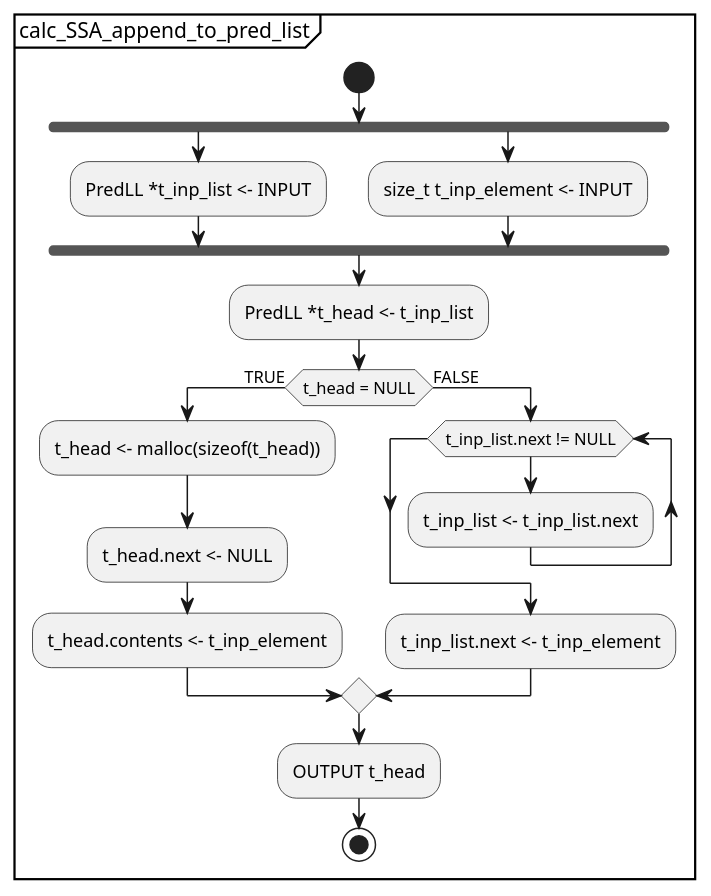
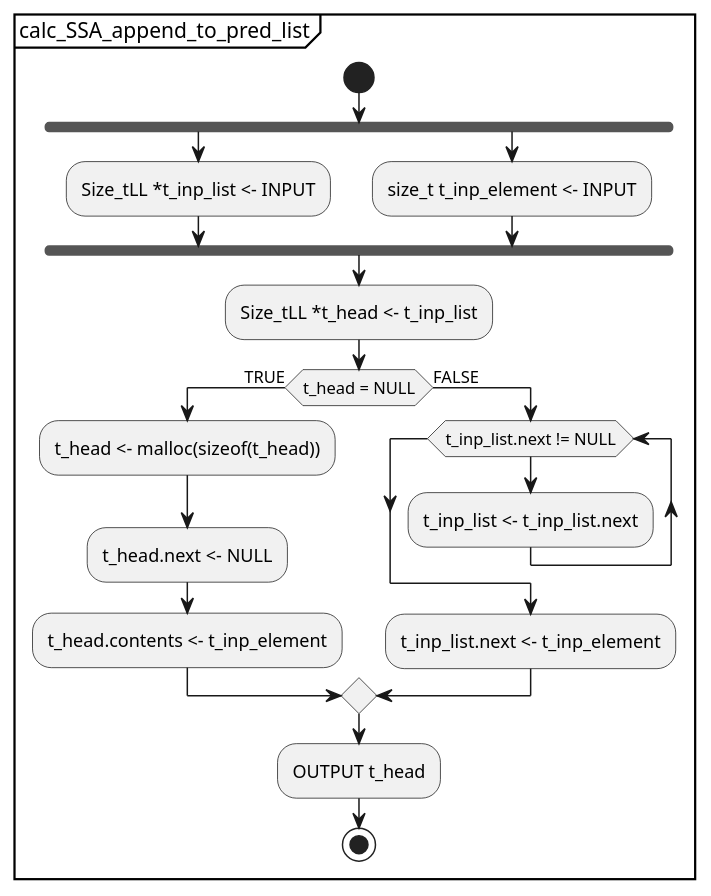
Before and after one commit to KeithCBrett/Python-Compiler: the diagram in docs/UML/Single_Static_Assignment_Generation_Scheme/submodules/md/calc_SSA_append_to_pred_list.md, drawn with PlantUML. The commit also changed 10 other files, not shown here.

```diff
--- a/docs/UML/Single_Static_Assignment_Generation_Scheme/submodules/md/calc_SSA_append_to_pred_list.md
+++ b/docs/UML/Single_Static_Assignment_Generation_Scheme/submodules/md/calc_SSA_append_to_pred_list.md
@@ -1,23 +1,23 @@
 @startuml
 partition calc_SSA_append_to_pred_list {
     start
     fork
-        :PredLL *t_inp_list <- INPUT;
+        :Size_tLL *t_inp_list <- INPUT;
     fork again
         :size_t t_inp_element <- INPUT;
     fork end
-    :PredLL *t_head <- t_inp_list;
+    :Size_tLL *t_head <- t_inp_list;
     if (t_head = NULL) then (TRUE)
         :t_head <- malloc(sizeof(t_head));
         :t_head.next <- NULL;
         :t_head.contents <- t_inp_element;
     else (FALSE)
         while (t_inp_list.next != NULL)
             :t_inp_list <- t_inp_list.next;
         endwhile
         :t_inp_list.next <- t_inp_element;
     endif
     :OUTPUT t_head;
     stop
 }
 @enduml
```
